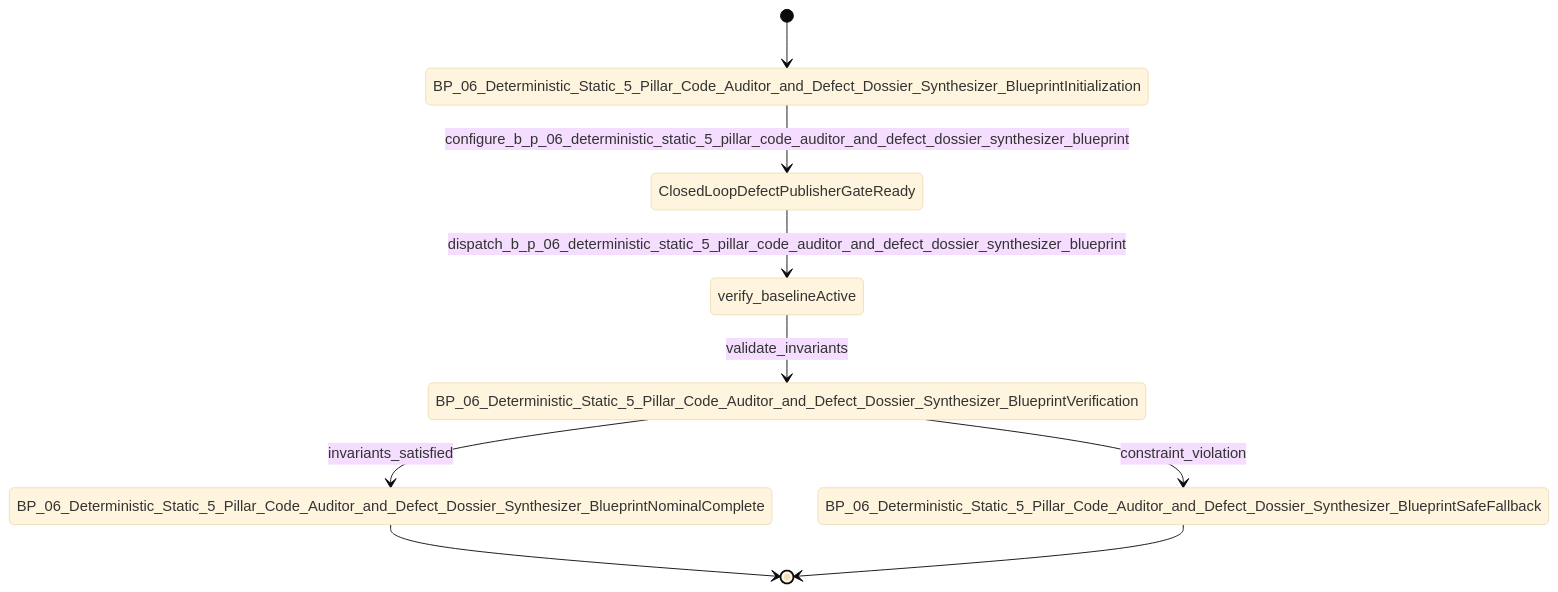
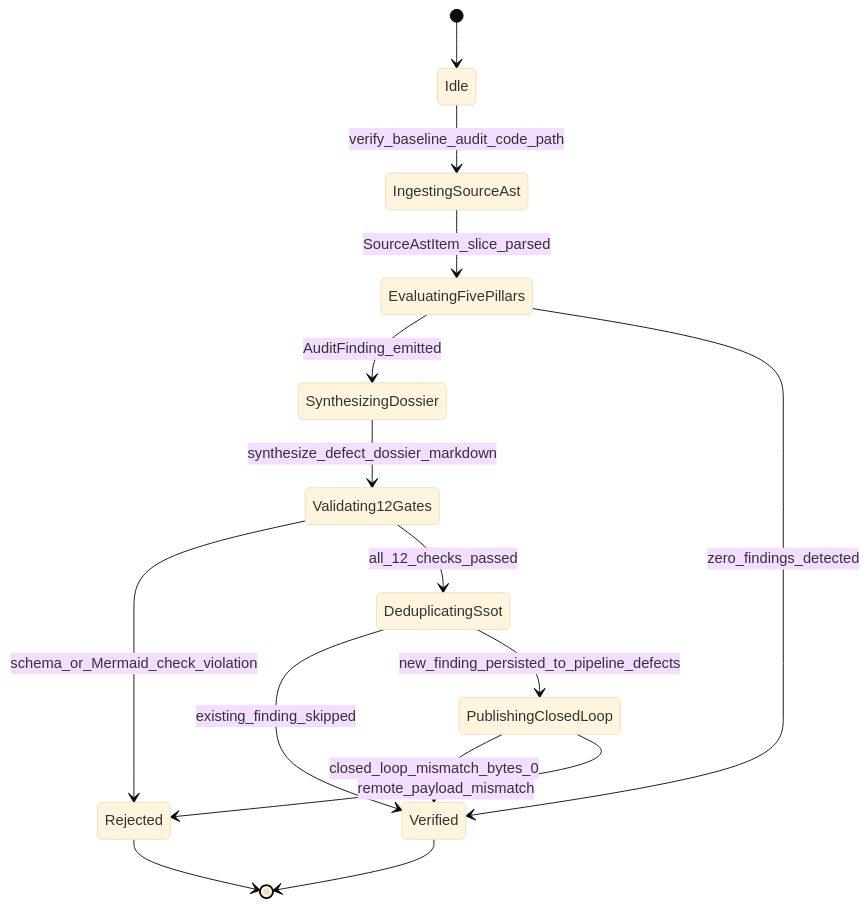
The second of 2 diagrams in .pipeline/upstream/docs/epics/EPIC-06-BP_06_Deterministic_Static_5_Pillar_Code_Auditor_and_Defect_Dossier_Synthesizer_Blueprint.md (gintatkinson/DEAP01-spec-core), drawn with Mermaid (base theme) before and after one commit. The commit also changed other lines of this file and 179 other files, not shown here.

Commit message:
fix(compiler): remediate upstream specification forward projection, diagram synthesis, and GitHub blob URL resolution

````diff
--- a/.pipeline/upstream/docs/epics/EPIC-06-BP_06_Deterministic_Static_5_Pillar_Code_Auditor_and_Defect_Dossier_Synthesizer_Blueprint.md
+++ b/.pipeline/upstream/docs/epics/EPIC-06-BP_06_Deterministic_Static_5_Pillar_Code_Auditor_and_Defect_Dossier_Synthesizer_Blueprint.md
@@ -112,11 +110,17 @@
 ```mermaid
 stateDiagram-v2
-    [*] --> BP_06_Deterministic_Static_5_Pillar_Code_Auditor_and_Defect_Dossier_Synthesizer_BlueprintInitialization
-    BP_06_Deterministic_Static_5_Pillar_Code_Auditor_and_Defect_Dossier_Synthesizer_BlueprintInitialization --> ClosedLoopDefectPublisherGateReady : configure_b_p_06_deterministic_static_5_pillar_code_auditor_and_defect_dossier_synthesizer_blueprint
-    ClosedLoopDefectPublisherGateReady --> verify_baselineActive : dispatch_b_p_06_deterministic_static_5_pillar_code_auditor_and_defect_dossier_synthesizer_blueprint
-    verify_baselineActive --> BP_06_Deterministic_Static_5_Pillar_Code_Auditor_and_Defect_Dossier_Synthesizer_BlueprintVerification : validate_invariants
-    BP_06_Deterministic_Static_5_Pillar_Code_Auditor_and_Defect_Dossier_Synthesizer_BlueprintVerification --> BP_06_Deterministic_Static_5_Pillar_Code_Auditor_and_Defect_Dossier_Synthesizer_BlueprintNominalComplete : invariants_satisfied
-    BP_06_Deterministic_Static_5_Pillar_Code_Auditor_and_Defect_Dossier_Synthesizer_BlueprintVerification --> BP_06_Deterministic_Static_5_Pillar_Code_Auditor_and_Defect_Dossier_Synthesizer_BlueprintSafeFallback : constraint_violation
-    BP_06_Deterministic_Static_5_Pillar_Code_Auditor_and_Defect_Dossier_Synthesizer_BlueprintNominalComplete --> [*]
-    BP_06_Deterministic_Static_5_Pillar_Code_Auditor_and_Defect_Dossier_Synthesizer_BlueprintSafeFallback --> [*]
+    [*] --> Idle
+    Idle --> IngestingSourceAst : verify_baseline_audit_code_path
+    IngestingSourceAst --> EvaluatingFivePillars : SourceAstItem_slice_parsed
+    EvaluatingFivePillars --> SynthesizingDossier : AuditFinding_emitted
+    EvaluatingFivePillars --> Verified : zero_findings_detected
+    SynthesizingDossier --> Validating12Gates : synthesize_defect_dossier_markdown
+    Validating12Gates --> Rejected : schema_or_Mermaid_check_violation
+    Validating12Gates --> DeduplicatingSsot : all_12_checks_passed
+    DeduplicatingSsot --> Verified : existing_finding_skipped
+    DeduplicatingSsot --> PublishingClosedLoop : new_finding_persisted_to_pipeline_defects
+    PublishingClosedLoop --> Verified : closed_loop_mismatch_bytes_0
+    PublishingClosedLoop --> Rejected : remote_payload_mismatch
+    Rejected --> [*]
+    Verified --> [*]
 ```
````
